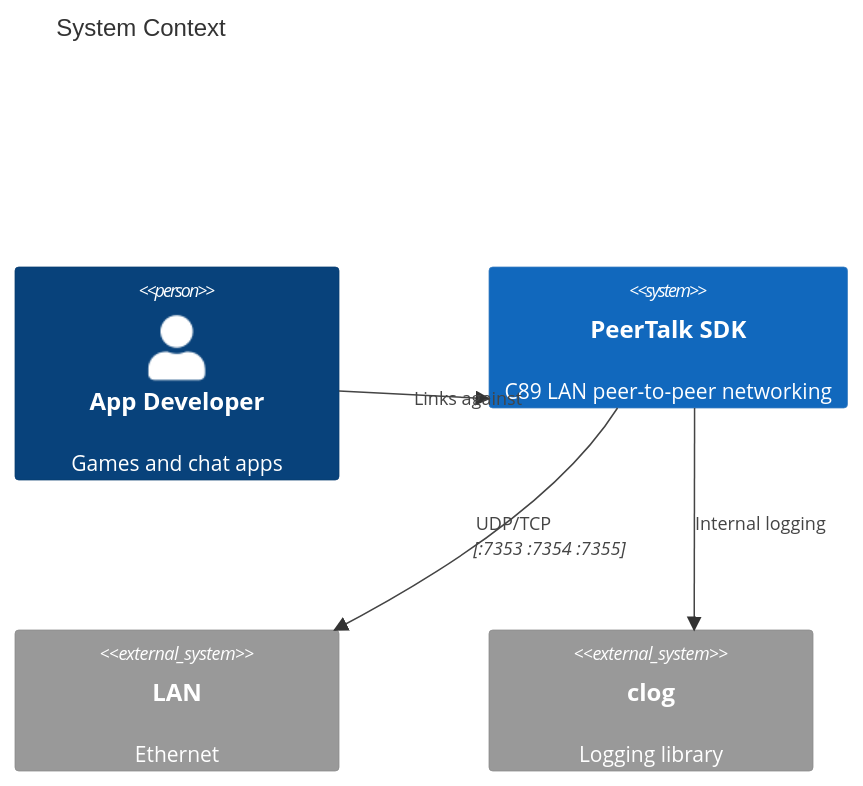
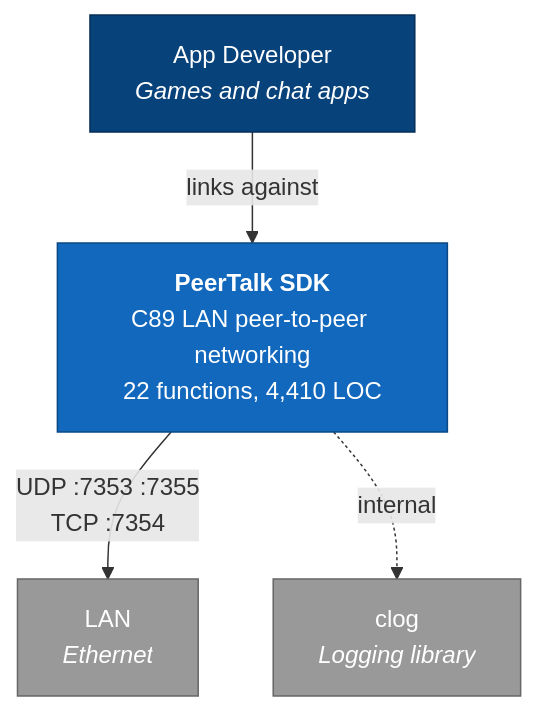
Before and after one commit to matthewdeaves/peertalk: the first of 7 diagrams in ARCHITECTURE.md, drawn with Mermaid. The commit also changed other lines of this file and 1 other file, not shown here.

First line of the commit message:
docs: Switch to standard Mermaid flowcharts for all diagrams

````diff
--- a/ARCHITECTURE.md
+++ b/ARCHITECTURE.md
@@ -7,15 +7,16 @@
 ```mermaid
-C4Context
-    title System Context
+graph TB
+    Dev["App Developer<br/><i>Games and chat apps</i>"]
+    SDK["<b>PeerTalk SDK</b><br/>C89 LAN peer-to-peer networking<br/>22 functions, 4,410 LOC"]
+    LAN["LAN<br/><i>Ethernet</i>"]
+    Clog["clog<br/><i>Logging library</i>"]
 
-    Person(dev, "App Developer", "Games and chat apps")
+    Dev -->|"links against"| SDK
+    SDK -->|"UDP :7353 :7355<br/>TCP :7354"| LAN
+    SDK -.->|"internal"| Clog
 
-    System(peertalk, "PeerTalk SDK", "C89 LAN peer-to-peer networking")
-
-    System_Ext(lan, "LAN", "Ethernet")
-    System_Ext(clog, "clog", "Logging library")
-
-    Rel(dev, peertalk, "Links against")
-    Rel(peertalk, lan, "UDP/TCP", ":7353 :7354 :7355")
-    Rel(peertalk, clog, "Internal logging")
+    style SDK fill:#1168bd,stroke:#0b4884,color:#fff
+    style Dev fill:#08427b,stroke:#052e56,color:#fff
+    style LAN fill:#999,stroke:#666,color:#fff
+    style Clog fill:#999,stroke:#666,color:#fff
 ```
````
